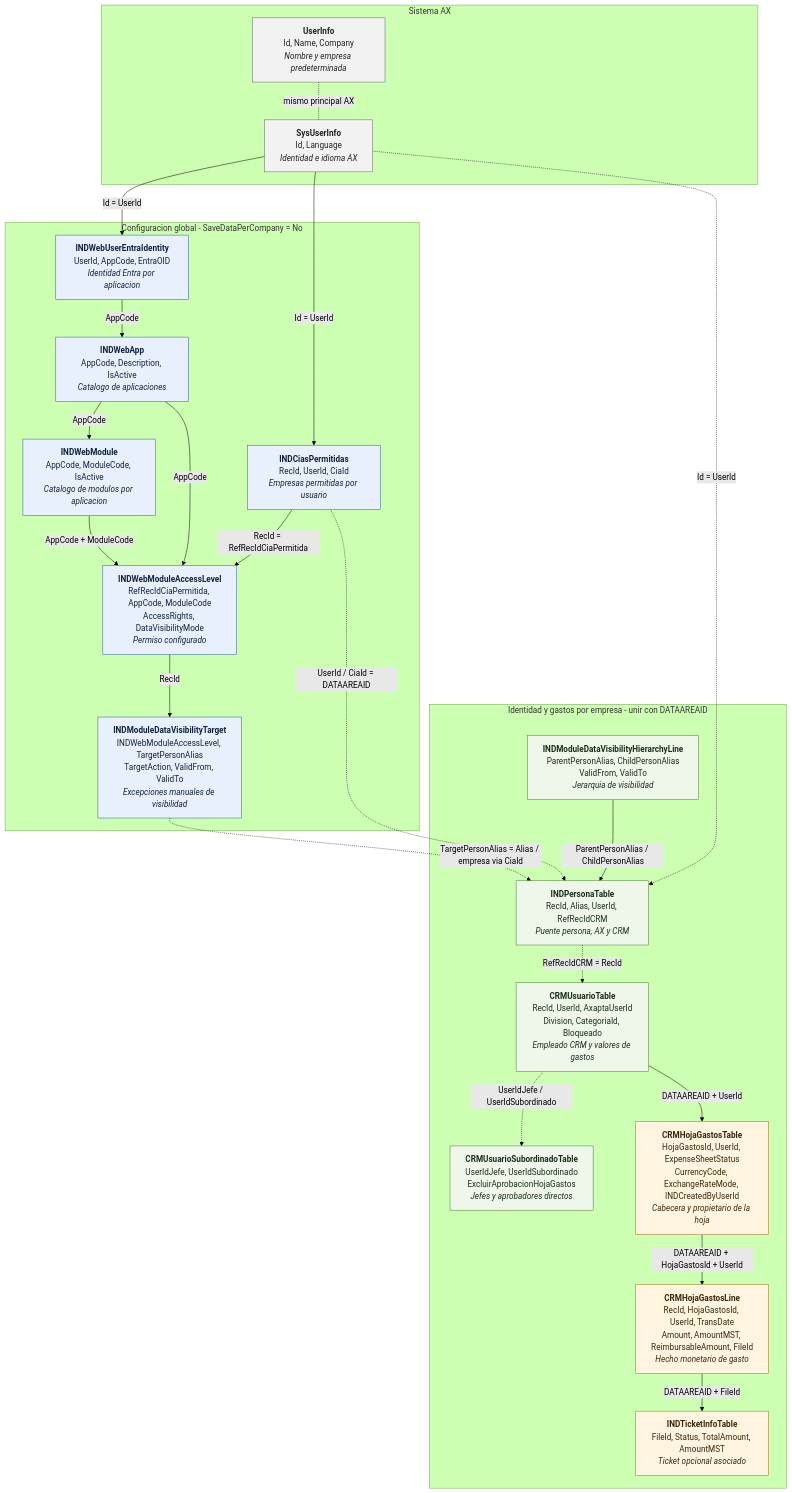
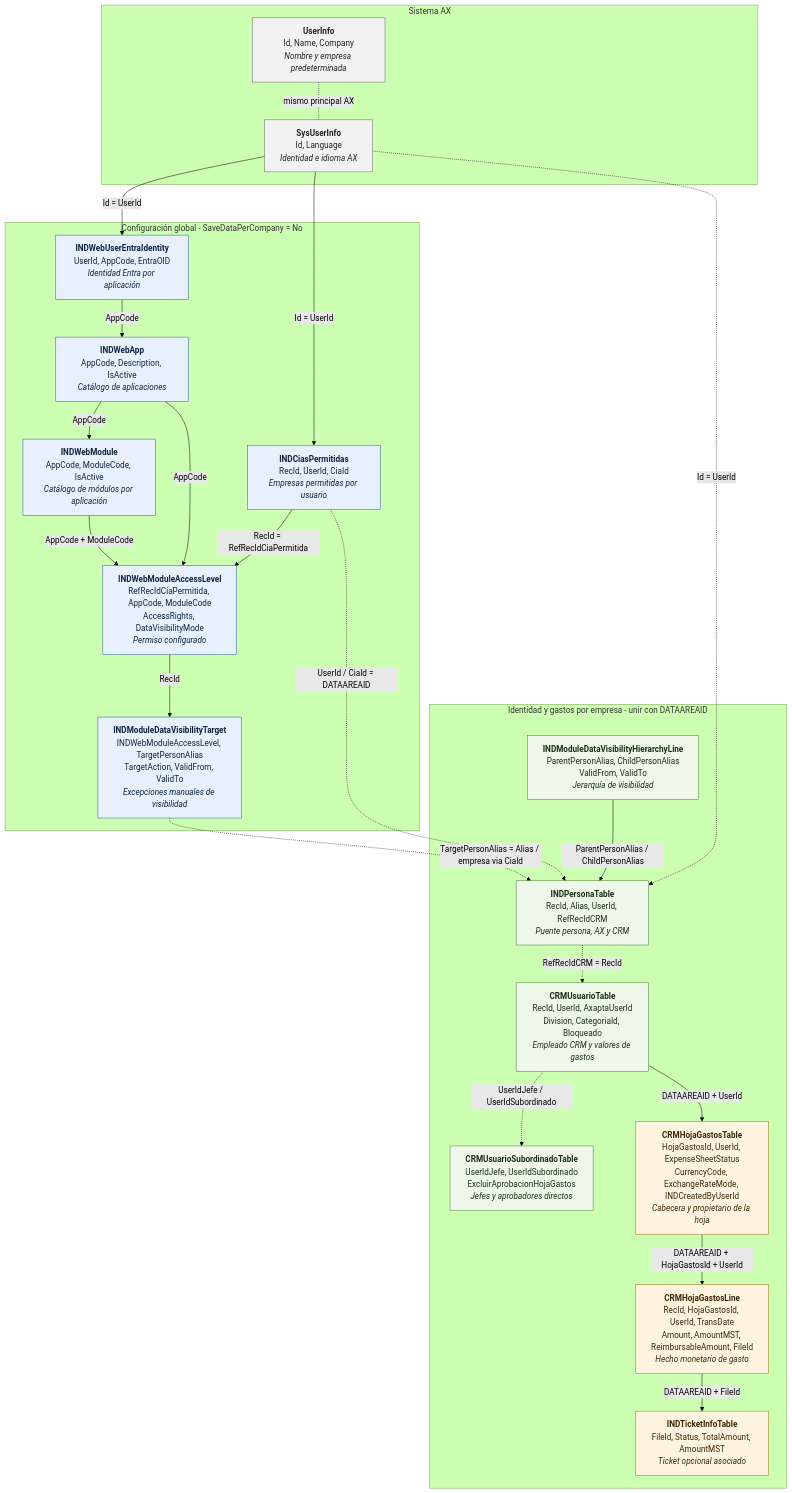
The diagram in docs/architecture/diagrams/technical/integration/ax-bi-query-table-schema.md (INDMAME/IND_CRM_API), drawn with Mermaid (forest theme) before and after one commit. The commit also changed other lines of this file and 314 other files, not shown here.

````diff
--- a/docs/architecture/diagrams/technical/integration/ax-bi-query-table-schema.md
+++ b/docs/architecture/diagrams/technical/integration/ax-bi-query-table-schema.md
@@ -16,56 +16,56 @@
 ```mermaid
 flowchart TB
   subgraph AxSystem["Sistema AX"]
     Sys["<b>SysUserInfo</b><br/>Id, Language<br/><i>Identidad e idioma AX</i>"]
     User["<b>UserInfo</b><br/>Id, Name, Company<br/><i>Nombre y empresa predeterminada</i>"]
   end
 
-  subgraph GlobalAccess["Configuracion global - SaveDataPerCompany = No"]
-    Entra["<b>INDWebUserEntraIdentity</b><br/>UserId, AppCode, EntraOID<br/><i>Identidad Entra por aplicacion</i>"]
+  subgraph GlobalAccess["Configuración global - SaveDataPerCompany = No"]
+    Entra["<b>INDWebUserEntraIdentity</b><br/>UserId, AppCode, EntraOID<br/><i>Identidad Entra por aplicación</i>"]
     Companies["<b>INDCiasPermitidas</b><br/>RecId, UserId, CiaId<br/><i>Empresas permitidas por usuario</i>"]
-    App["<b>INDWebApp</b><br/>AppCode, Description, IsActive<br/><i>Catalogo de aplicaciones</i>"]
-    Module["<b>INDWebModule</b><br/>AppCode, ModuleCode, IsActive<br/><i>Catalogo de modulos por aplicacion</i>"]
+    App["<b>INDWebApp</b><br/>AppCode, Description, IsActive<br/><i>Catálogo de aplicaciones</i>"]
+    Module["<b>INDWebModule</b><br/>AppCode, ModuleCode, IsActive<br/><i>Catálogo de módulos por aplicación</i>"]
     Access["<b>INDWebModuleAccessLevel</b><br/>RefRecIdCiaPermitida, AppCode, ModuleCode<br/>AccessRights, DataVisibilityMode<br/><i>Permiso configurado</i>"]
     Target["<b>INDModuleDataVisibilityTarget</b><br/>INDWebModuleAccessLevel, TargetPersonAlias<br/>TargetAction, ValidFrom, ValidTo<br/><i>Excepciones manuales de visibilidad</i>"]
   end
 
   subgraph CompanyData["Identidad y gastos por empresa - unir con DATAAREAID"]
     Person["<b>INDPersonaTable</b><br/>RecId, Alias, UserId, RefRecIdCRM<br/><i>Puente persona, AX y CRM</i>"]
-    Hierarchy["<b>INDModuleDataVisibilityHierarchyLine</b><br/>ParentPersonAlias, ChildPersonAlias<br/>ValidFrom, ValidTo<br/><i>Jerarquia de visibilidad</i>"]
+    Hierarchy["<b>INDModuleDataVisibilityHierarchyLine</b><br/>ParentPersonAlias, ChildPersonAlias<br/>ValidFrom, ValidTo<br/><i>Jerarquía de visibilidad</i>"]
     CrmUser["<b>CRMUsuarioTable</b><br/>RecId, UserId, AxaptaUserId<br/>Division, CategoriaId, Bloqueado<br/><i>Empleado CRM y valores de gastos</i>"]
     Manager["<b>CRMUsuarioSubordinadoTable</b><br/>UserIdJefe, UserIdSubordinado<br/>ExcluirAprobacionHojaGastos<br/><i>Jefes y aprobadores directos</i>"]
     Sheet["<b>CRMHojaGastosTable</b><br/>HojaGastosId, UserId, ExpenseSheetStatus<br/>CurrencyCode, ExchangeRateMode, INDCreatedByUserId<br/><i>Cabecera y propietario de la hoja</i>"]
     Line["<b>CRMHojaGastosLine</b><br/>RecId, HojaGastosId, UserId, TransDate<br/>Amount, AmountMST, ReimbursableAmount, FileId<br/><i>Hecho monetario de gasto</i>"]
     Ticket["<b>INDTicketInfoTable</b><br/>FileId, Status, TotalAmount, AmountMST<br/><i>Ticket opcional asociado</i>"]
   end
 
   Sys -->|Id = UserId| Entra
   Sys -->|Id = UserId| Companies
   User -. mismo principal AX .- Sys
   Entra -->|AppCode| App
   App -->|AppCode| Module
   Companies -->|RecId = RefRecIdCiaPermitida| Access
   App -->|AppCode| Access
   Module -->|AppCode + ModuleCode| Access
   Access -->|RecId| Target
 
   Companies -. UserId / CiaId = DATAAREAID .-> Person
   Sys -. Id = UserId .-> Person
   Person -. RefRecIdCRM = RecId .-> CrmUser
   Target -. TargetPersonAlias = Alias / empresa via CiaId .-> Person
   Hierarchy -->|ParentPersonAlias / ChildPersonAlias| Person
 
   CrmUser -. UserIdJefe / UserIdSubordinado .-> Manager
   CrmUser -->|DATAAREAID + UserId| Sheet
   Sheet -->|DATAAREAID + HojaGastosId + UserId| Line
   Line -->|DATAAREAID + FileId| Ticket
 
   classDef system fill:#f2f2f2,stroke:#666,color:#222
   classDef access fill:#e8f0fe,stroke:#315d9c,color:#10233f
   classDef people fill:#eef7e9,stroke:#4d7a36,color:#193016
   classDef expense fill:#fff4df,stroke:#a66b17,color:#3d2708
   class Sys,User system
   class Entra,Companies,App,Module,Access,Target access
   class Person,Hierarchy,CrmUser,Manager people
   class Sheet,Line,Ticket expense
 ```
````
